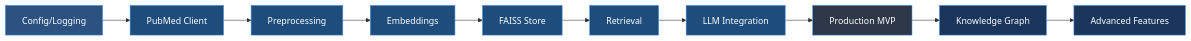
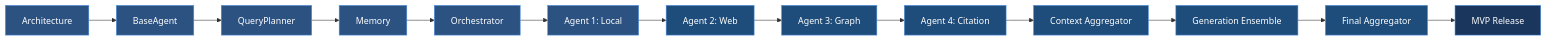
One commit to hkevin01/eeg-rag changed the fourth of 25 diagrams in README.md. Above: the diagram before and after it, drawn with Mermaid. The commit also changed other lines of this file and 6 other files, not shown here.

Commit message:
Implement Web Search Agent for PubMed API integration with comprehensive features including E-utilities support, rate limiting, result caching, XML parsing, and error handling. Add unit tests covering article creation, search execution, caching behavior, and statistics tracking.

````diff
--- a/README.md
+++ b/README.md
@@ -178,23 +205,29 @@
 ```mermaid
 graph LR
-    A[Config/Logging] --> B[PubMed Client]
-    B --> C[Preprocessing]
-    C --> D[Embeddings]
-    D --> E[FAISS Store]
-    E --> F[Retrieval]
-    F --> G[LLM Integration]
-    G --> H[Production MVP]
-    H --> I[Knowledge Graph]
-    I --> J[Advanced Features]
+    A[Architecture] --> B[BaseAgent]
+    B --> C[QueryPlanner]
+    C --> D[Memory]
+    D --> E[Orchestrator]
+    E --> F[Agent 1: Local]
+    F --> G[Agent 2: Web]
+    G --> H[Agent 3: Graph]
+    H --> I[Agent 4: Citation]
+    I --> J[Context Aggregator]
+    J --> K[Generation Ensemble]
+    K --> L[Final Aggregator]
+    L --> M[MVP Release]
 
     style A fill:#2c5282,stroke:#4a90e2,color:#fff
-    style B fill:#1e4d7b,stroke:#4a90e2,color:#fff
-    style C fill:#1e4d7b,stroke:#4a90e2,color:#fff
-    style D fill:#1e4d7b,stroke:#4a90e2,color:#fff
-    style E fill:#1e4d7b,stroke:#4a90e2,color:#fff
-    style F fill:#1e4d7b,stroke:#4a90e2,color:#fff
+    style B fill:#2c5282,stroke:#4a90e2,color:#fff
+    style C fill:#2c5282,stroke:#4a90e2,color:#fff
+    style D fill:#2c5282,stroke:#4a90e2,color:#fff
+    style E fill:#2c5282,stroke:#4a90e2,color:#fff
+    style F fill:#2c5282,stroke:#4a90e2,color:#fff
     style G fill:#1e4d7b,stroke:#4a90e2,color:#fff
-    style H fill:#2d3748,stroke:#4a90e2,color:#fff
-    style I fill:#1a365d,stroke:#4a90e2,color:#fff
-    style J fill:#1a365d,stroke:#4a90e2,color:#fff
+    style H fill:#1e4d7b,stroke:#4a90e2,color:#fff
+    style I fill:#1e4d7b,stroke:#4a90e2,color:#fff
+    style J fill:#1e4d7b,stroke:#4a90e2,color:#fff
+    style K fill:#1e4d7b,stroke:#4a90e2,color:#fff
+    style L fill:#1e4d7b,stroke:#4a90e2,color:#fff
+    style M fill:#1a365d,stroke:#4a90e2,color:#fff
 ```
````
